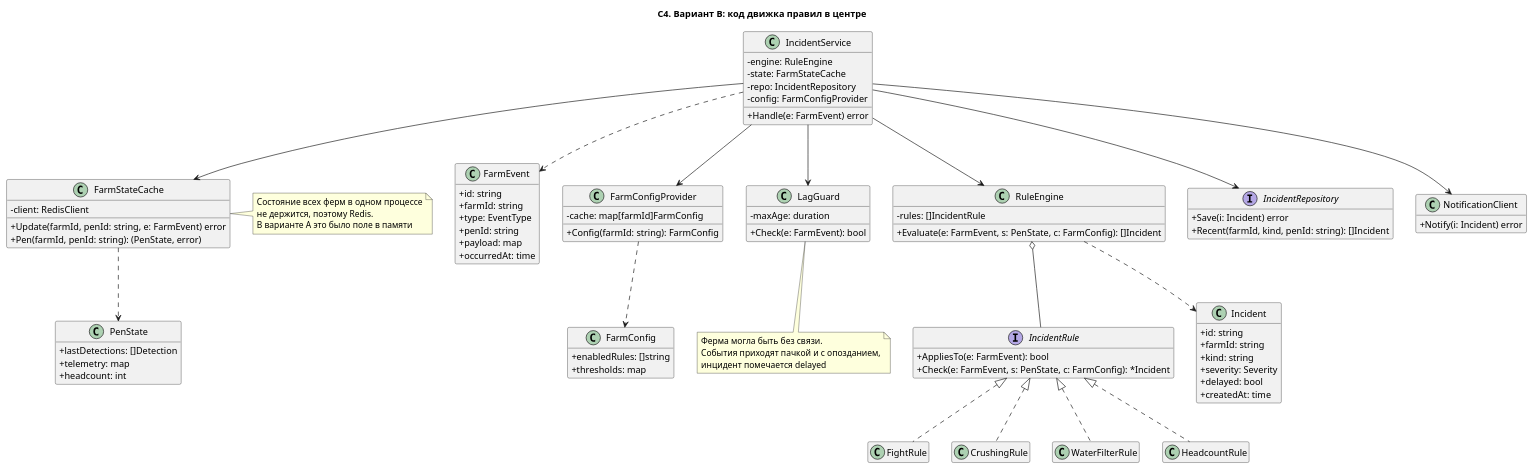
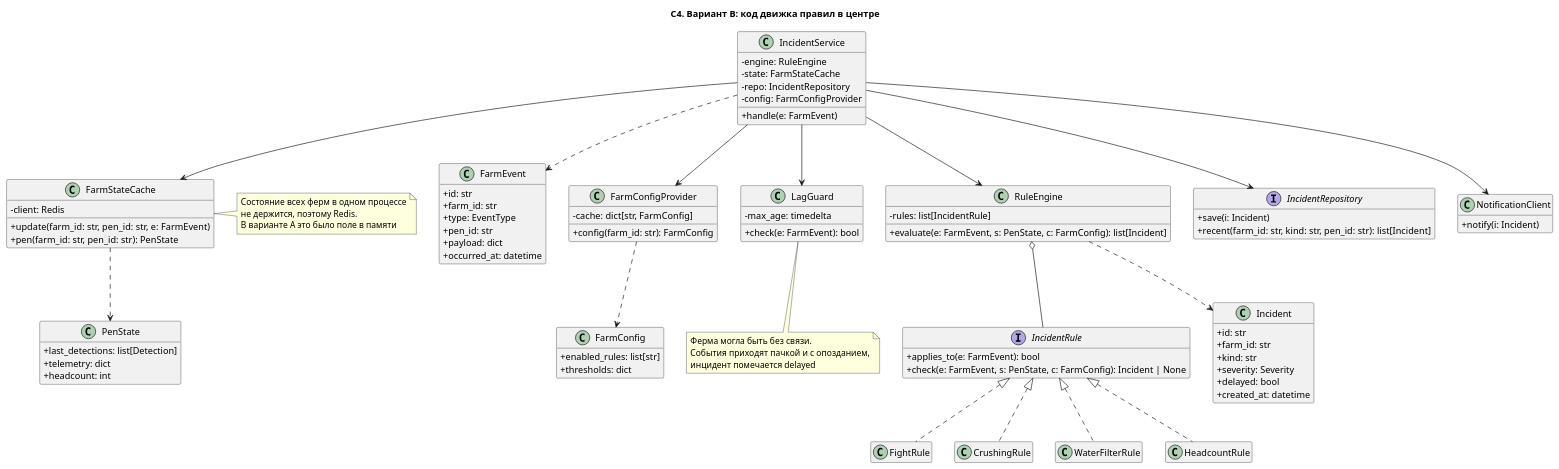
One commit to FCTL3314/MSA-AgroTech changed the diagram in Task3/C4-alternative.puml. Above: the diagram before and after it, drawn with PlantUML. The commit also changed 24 other files, not shown here.

```diff
--- a/Task3/C4-alternative.puml
+++ b/Task3/C4-alternative.puml
@@ -1,113 +1,113 @@
 @startuml C4-alternative
 
 title C4. Вариант B: код движка правил в центре
 
 skinparam classAttributeIconSize 0
 hide empty members
 
 class FarmEvent {
-  +id: string
-  +farmId: string
+  +id: str
+  +farm_id: str
   +type: EventType
-  +penId: string
-  +payload: map
-  +occurredAt: time
+  +pen_id: str
+  +payload: dict
+  +occurred_at: datetime
 }
 
 class IncidentService {
   -engine: RuleEngine
   -state: FarmStateCache
   -repo: IncidentRepository
   -config: FarmConfigProvider
-  +Handle(e: FarmEvent) error
+  +handle(e: FarmEvent)
 }
 
 class FarmStateCache {
-  -client: RedisClient
-  +Update(farmId, penId: string, e: FarmEvent) error
-  +Pen(farmId, penId: string): (PenState, error)
+  -client: Redis
+  +update(farm_id: str, pen_id: str, e: FarmEvent)
+  +pen(farm_id: str, pen_id: str): PenState
 }
 
 class PenState {
-  +lastDetections: []Detection
-  +telemetry: map
+  +last_detections: list[Detection]
+  +telemetry: dict
   +headcount: int
 }
 
 class FarmConfigProvider {
-  -cache: map[farmId]FarmConfig
-  +Config(farmId: string): FarmConfig
+  -cache: dict[str, FarmConfig]
+  +config(farm_id: str): FarmConfig
 }
 
 class FarmConfig {
-  +enabledRules: []string
-  +thresholds: map
+  +enabled_rules: list[str]
+  +thresholds: dict
 }
 
 class LagGuard {
-  -maxAge: duration
-  +Check(e: FarmEvent): bool
+  -max_age: timedelta
+  +check(e: FarmEvent): bool
 }
 
 class RuleEngine {
-  -rules: []IncidentRule
-  +Evaluate(e: FarmEvent, s: PenState, c: FarmConfig): []Incident
+  -rules: list[IncidentRule]
+  +evaluate(e: FarmEvent, s: PenState, c: FarmConfig): list[Incident]
 }
 
 interface IncidentRule {
-  +AppliesTo(e: FarmEvent): bool
-  +Check(e: FarmEvent, s: PenState, c: FarmConfig): *Incident
+  +applies_to(e: FarmEvent): bool
+  +check(e: FarmEvent, s: PenState, c: FarmConfig): Incident | None
 }
 
 class FightRule
 class CrushingRule
 class WaterFilterRule
 class HeadcountRule
 
 class Incident {
-  +id: string
-  +farmId: string
-  +kind: string
+  +id: str
+  +farm_id: str
+  +kind: str
   +severity: Severity
   +delayed: bool
-  +createdAt: time
+  +created_at: datetime
 }
 
 interface IncidentRepository {
-  +Save(i: Incident) error
-  +Recent(farmId, kind, penId: string): []Incident
+  +save(i: Incident)
+  +recent(farm_id: str, kind: str, pen_id: str): list[Incident]
 }
 
 class NotificationClient {
-  +Notify(i: Incident) error
+  +notify(i: Incident)
 }
 
 IncidentService --> LagGuard
 IncidentService --> RuleEngine
 IncidentService --> FarmStateCache
 IncidentService --> FarmConfigProvider
 IncidentService --> IncidentRepository
 IncidentService --> NotificationClient
 RuleEngine o-- IncidentRule
 IncidentRule <|.. FightRule
 IncidentRule <|.. CrushingRule
 IncidentRule <|.. WaterFilterRule
 IncidentRule <|.. HeadcountRule
 RuleEngine ..> Incident
 FarmStateCache ..> PenState
 FarmConfigProvider ..> FarmConfig
 IncidentService ..> FarmEvent
 
 note right of FarmStateCache
   Состояние всех ферм в одном процессе
   не держится, поэтому Redis.
   В варианте A это было поле в памяти
 end note
 
 note bottom of LagGuard
   Ферма могла быть без связи.
   События приходят пачкой и с опозданием,
   инцидент помечается delayed
 end note
 
 @enduml
```
